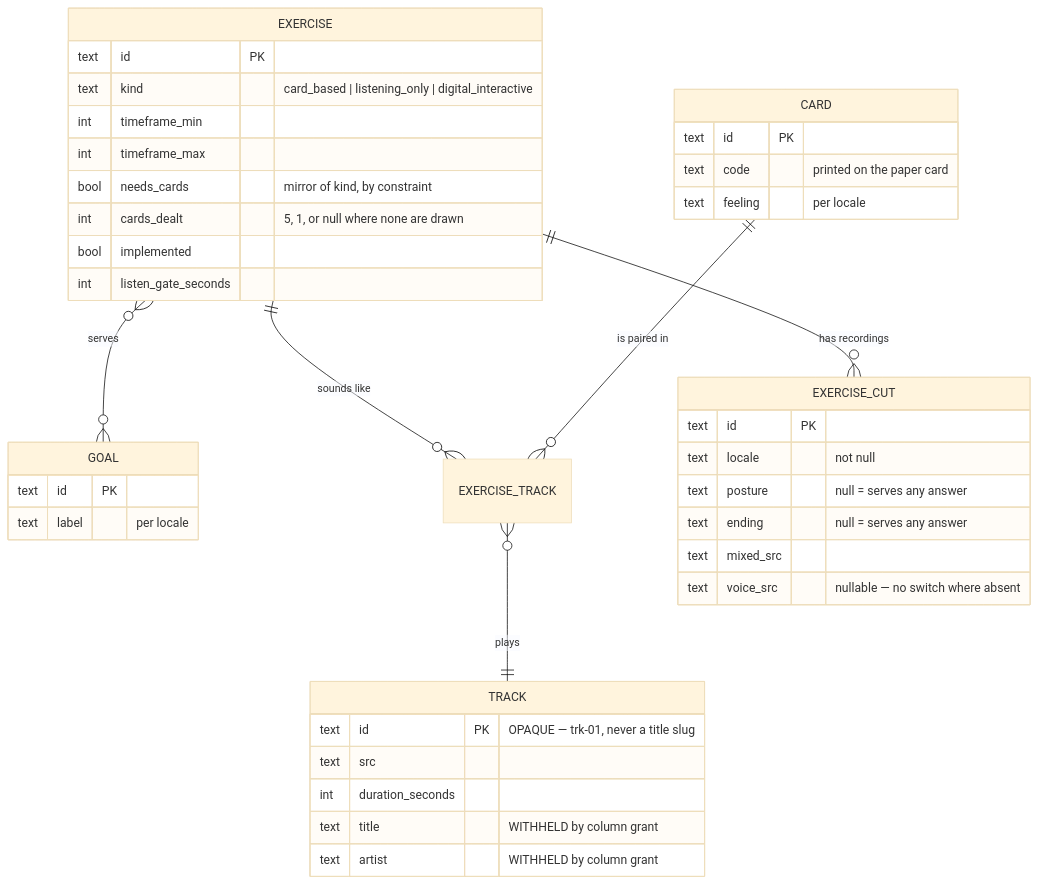
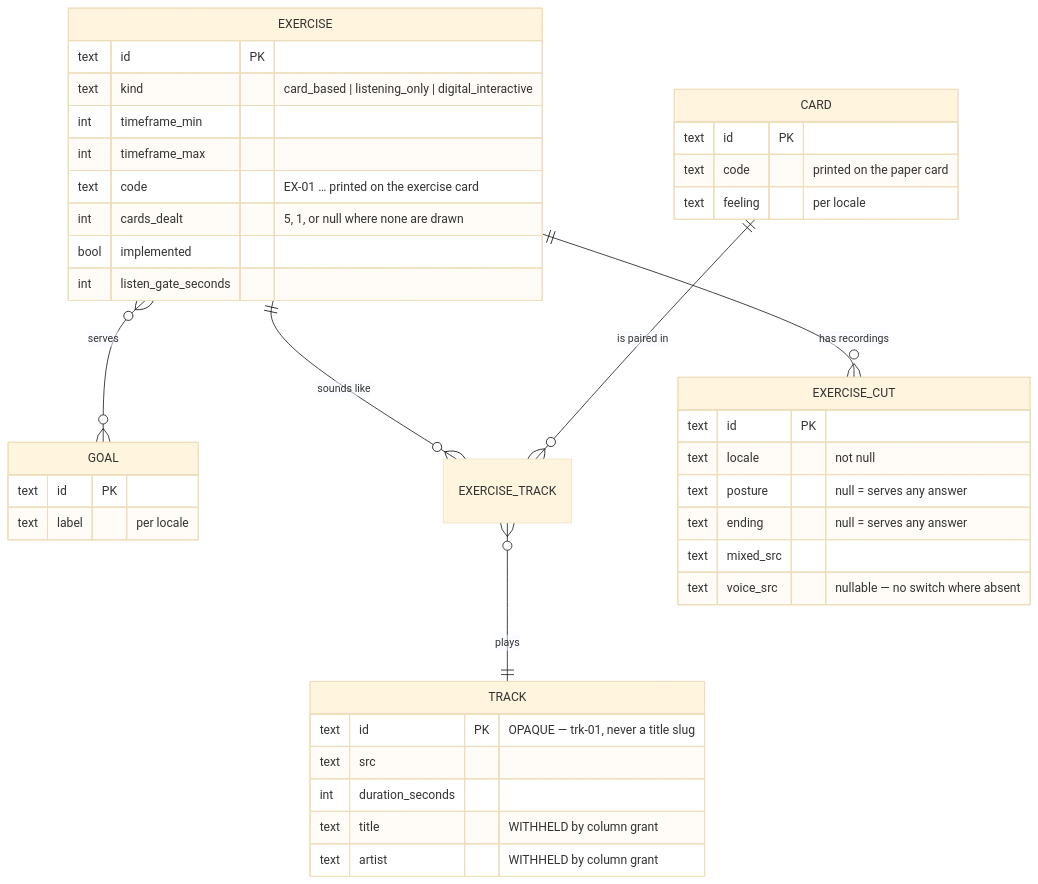
One commit to product-ben/musie changed the second of 3 diagrams in apps/docs/architecture/data-model.md. Above: the diagram before and after it, drawn with Mermaid (base theme). The commit also changed other lines of this file and 46 other files, not shown here.

First line of the commit message:
Exercise cards: a printed QR code starts the run

````diff
--- a/apps/docs/architecture/data-model.md
+++ b/apps/docs/architecture/data-model.md
@@ -54,43 +54,43 @@
 ```mermaid
 erDiagram
     EXERCISE }o--o{ GOAL : "serves"
     EXERCISE ||--o{ EXERCISE_TRACK : "sounds like"
     EXERCISE ||--o{ EXERCISE_CUT : "has recordings"
     CARD ||--o{ EXERCISE_TRACK : "is paired in"
     EXERCISE_TRACK }o--|| TRACK : "plays"
 
     EXERCISE {
         text id PK
         text kind "card_based | listening_only | digital_interactive"
         int timeframe_min
         int timeframe_max
-        bool needs_cards "mirror of kind, by constraint"
+        text code "EX-01 … printed on the exercise card"
         int cards_dealt "5, 1, or null where none are drawn"
         bool implemented
         int listen_gate_seconds
     }
     CARD {
         text id PK
         text code "printed on the paper card"
         text feeling "per locale"
     }
     TRACK {
         text id PK "OPAQUE — trk-01, never a title slug"
         text src
         int duration_seconds
         text title "WITHHELD by column grant"
         text artist "WITHHELD by column grant"
     }
     EXERCISE_CUT {
         text id PK
         text locale "not null"
         text posture "null = serves any answer"
         text ending "null = serves any answer"
         text mixed_src
         text voice_src "nullable — no switch where absent"
     }
     GOAL {
         text id PK
         text label "per locale"
     }
 ```
````
